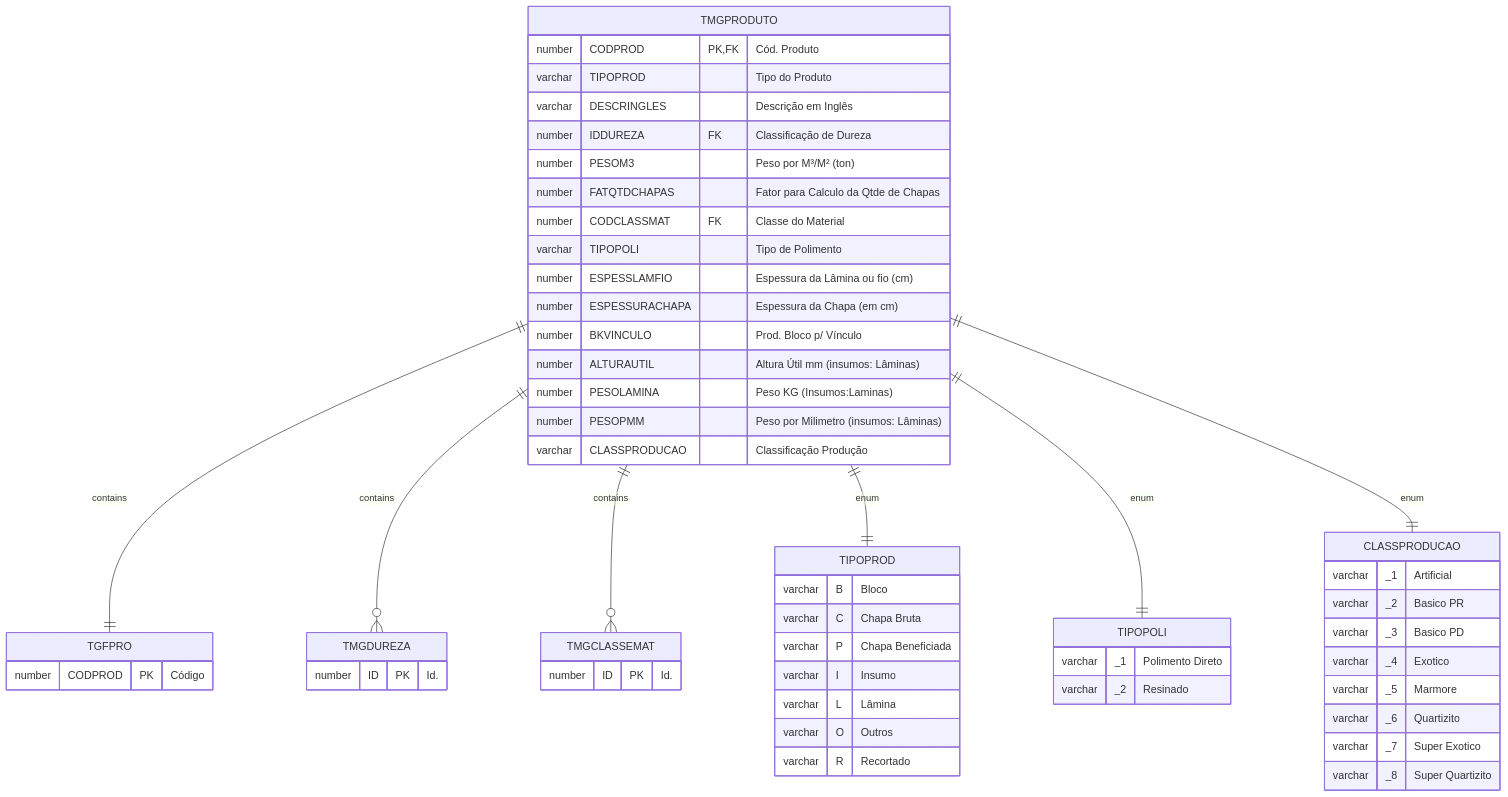
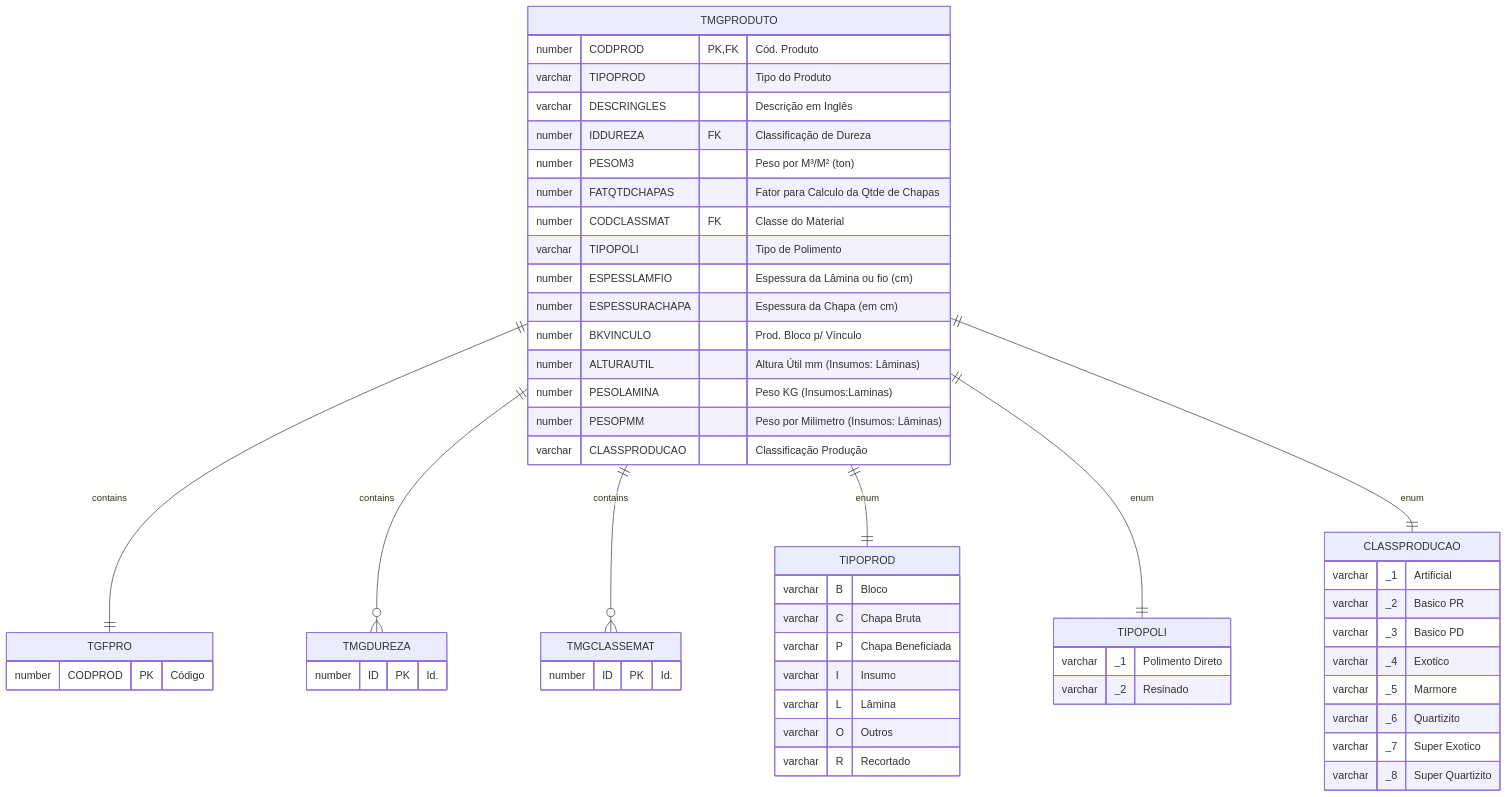
One commit to cbmsoft/margrandocs changed the diagram in docs/_database/TMGPRODUTO.md. Above: the diagram before and after it, drawn with Mermaid. The commit also changed 3 other files, not shown here.

````diff
--- a/docs/_database/TMGPRODUTO.md
+++ b/docs/_database/TMGPRODUTO.md
@@ -40,59 +40,59 @@
 ```mermaid
 erDiagram
     TMGPRODUTO ||--|| TGFPRO : contains
     TMGPRODUTO ||--o{ TMGDUREZA : contains
     TMGPRODUTO ||--o{ TMGCLASSEMAT : contains
     TMGPRODUTO ||--|| TIPOPROD : enum
     TMGPRODUTO ||--|| TIPOPOLI : enum
     TMGPRODUTO ||--|| CLASSPRODUCAO : enum
 
     TMGPRODUTO {
         number CODPROD PK,FK "Cód. Produto"
         varchar TIPOPROD "Tipo do Produto"
         varchar DESCRINGLES "Descrição em Inglês"
         number IDDUREZA FK "Classificação de Dureza"
         number PESOM3 "Peso por M³/M² (ton)"
         number FATQTDCHAPAS "Fator para Calculo da Qtde de Chapas"
         number CODCLASSMAT FK "Classe do Material"
         varchar TIPOPOLI "Tipo de Polimento"
         number ESPESSLAMFIO "Espessura da Lâmina ou fio (cm)"
         number ESPESSURACHAPA "Espessura da Chapa (em cm)"
         number BKVINCULO "Prod. Bloco p/ Vínculo"
-        number ALTURAUTIL "Altura Útil mm (insumos: Lâminas)"
+        number ALTURAUTIL "Altura Útil mm (Insumos: Lâminas)"
         number PESOLAMINA "Peso KG (Insumos:Laminas)"
-        number PESOPMM "Peso por Milimetro (insumos: Lâminas)"
+        number PESOPMM "Peso por Milimetro (Insumos: Lâminas)"
         varchar CLASSPRODUCAO "Classificação Produção"
     }
     TGFPRO {
         number CODPROD PK "Código"
     }
     TMGDUREZA {
         number ID PK "Id."
     }
     TMGCLASSEMAT {
         number ID PK "Id."
     }
     TIPOPROD {
         varchar B "Bloco"
         varchar C "Chapa Bruta"
         varchar P "Chapa Beneficiada"
         varchar I "Insumo"
         varchar L "Lâmina"
         varchar O "Outros"
         varchar R "Recortado"
     }
     TIPOPOLI {
         varchar _1 "Polimento Direto"
         varchar _2 "Resinado"
     }
     CLASSPRODUCAO {
         varchar _1 "Artificial"
         varchar _2 "Basico PR"
         varchar _3 "Basico PD"
         varchar _4 "Exotico"
         varchar _5 "Marmore"
         varchar _6 "Quartizito"
         varchar _7 "Super Exotico"
         varchar _8 "Super Quartizito"
     }
 ```
````
